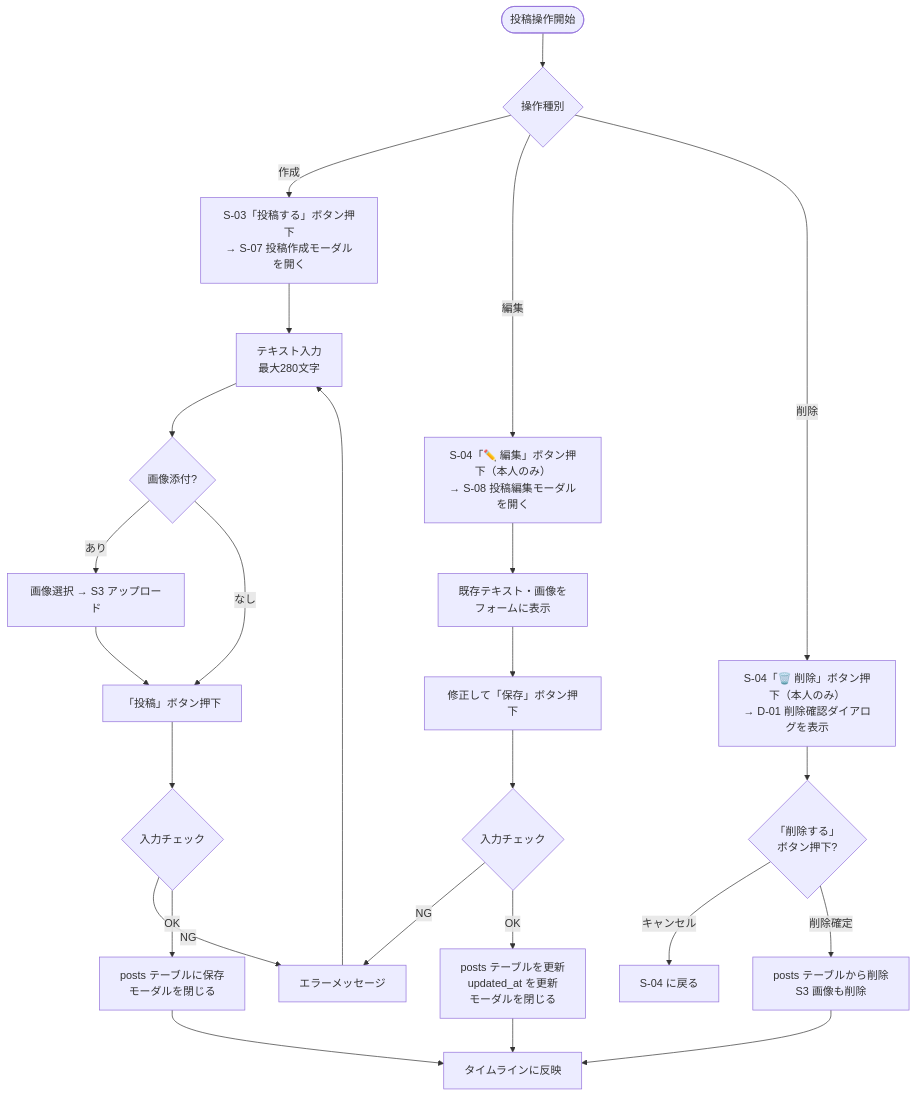
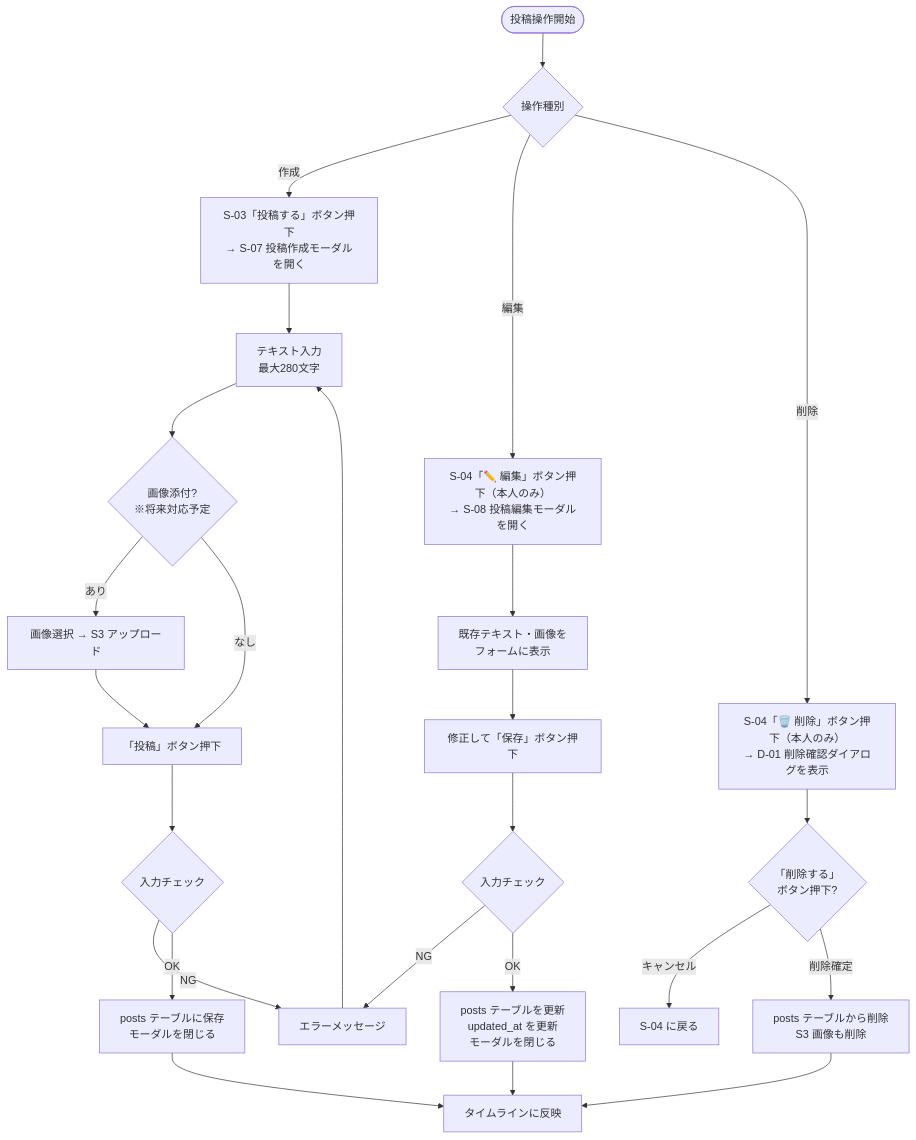
Before and after one commit to yamamotonaoki3/RaiseTimeLine: the diagram in docs/details/features/F02_post.md, drawn with Mermaid. The commit also changed other lines of this file and 3 other files, not shown here.

````diff
--- a/docs/details/features/F02_post.md
+++ b/docs/details/features/F02_post.md
@@ -28,29 +30,29 @@
 ```mermaid
 flowchart TD
     A([投稿操作開始]) --> B{操作種別}
     B -- 作成 --> C["S-03「投稿する」ボタン押下\n→ S-07 投稿作成モーダルを開く"]
     C --> D[テキスト入力\n最大280文字]
-    D --> E{画像添付?}
+    D --> E{画像添付?\n※将来対応予定}
     E -- あり --> F[画像選択 → S3 アップロード]
     E -- なし --> G[「投稿」ボタン押下]
     F --> G
     G --> H{入力チェック}
     H -- NG --> I[エラーメッセージ]
     I --> D
     H -- OK --> J[posts テーブルに保存\nモーダルを閉じる]
     J --> K[タイムラインに反映]
 
     B -- 編集 --> L["S-04「✏️ 編集」ボタン押下（本人のみ）\n→ S-08 投稿編集モーダルを開く"]
     L --> M[既存テキスト・画像を\nフォームに表示]
     M --> N[修正して「保存」ボタン押下]
     N --> O{入力チェック}
     O -- NG --> I
     O -- OK --> P[posts テーブルを更新\nupdated_at を更新\nモーダルを閉じる]
     P --> K
 
     B -- 削除 --> Q["S-04「🗑️ 削除」ボタン押下（本人のみ）\n→ D-01 削除確認ダイアログを表示"]
     Q --> R{"「削除する」\nボタン押下?"}
     R -- キャンセル --> S04[S-04 に戻る]
     R -- 削除確定 --> S[posts テーブルから削除\nS3 画像も削除]
     S --> K
 ```
````
